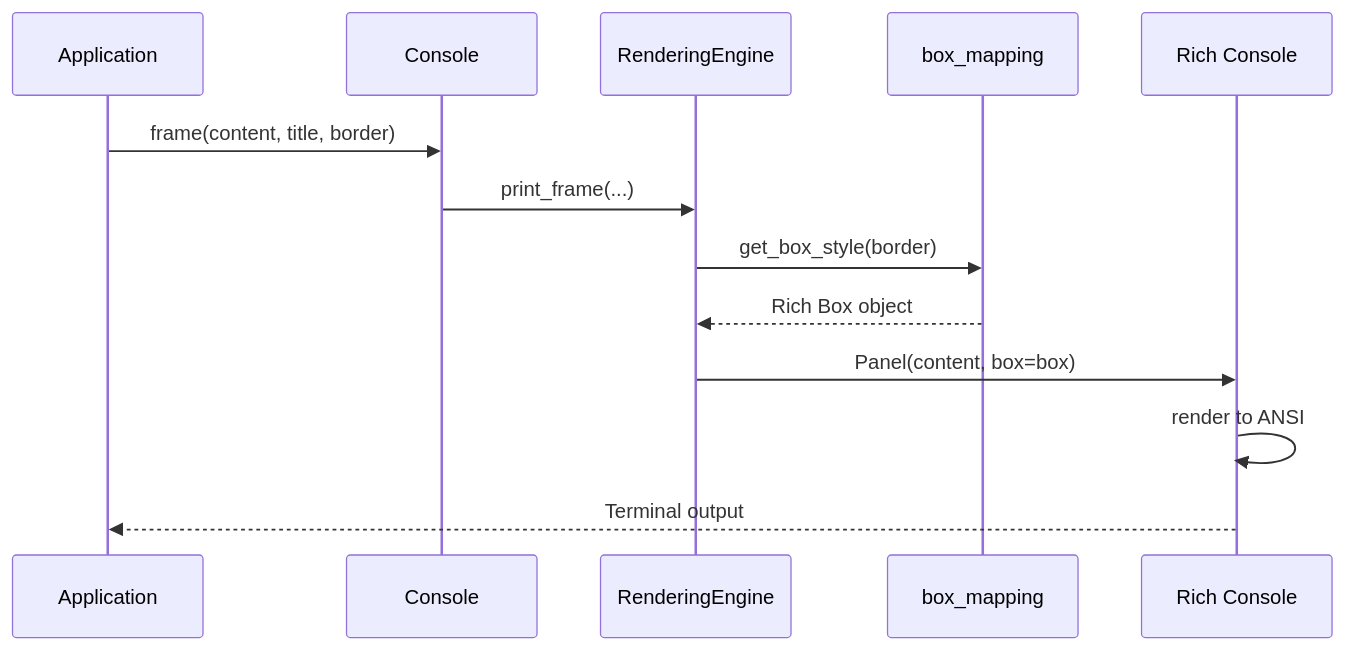
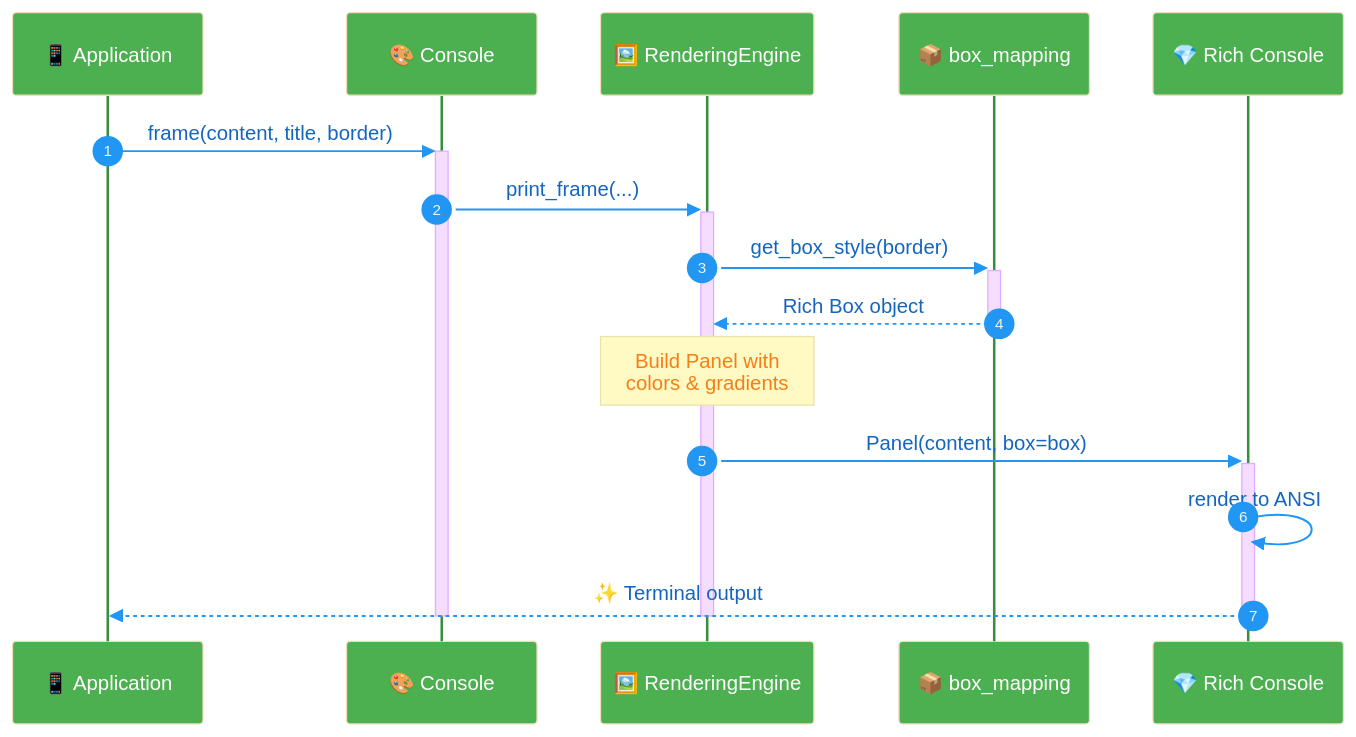
One commit to ksokolowski/StyledConsole changed the second of 11 diagrams in docs/DEVELOPER_GUIDE.md. Above: the diagram before and after it, drawn with Mermaid. The commit also changed other lines of this file, not shown here.

Commit message:
docs: enhance Mermaid diagrams with colors, emojis, and Material Design styling

````diff
--- a/docs/DEVELOPER_GUIDE.md
+++ b/docs/DEVELOPER_GUIDE.md
@@ -87,16 +101,21 @@
 ```mermaid
+%%{init: {'theme': 'base', 'themeVariables': { 'actorBkg': '#4CAF50', 'actorTextColor': '#fff', 'actorLineColor': '#388E3C', 'signalColor': '#2196F3', 'signalTextColor': '#1565C0', 'noteBkgColor': '#FFF9C4', 'noteTextColor': '#F57F17'}}}%%
 sequenceDiagram
-    participant App as Application
-    participant Con as Console
-    participant RE as RenderingEngine
-    participant BM as box_mapping
-    participant Rich as Rich Console
+    autonumber
+    participant App as 📱 Application
+    participant Con as 🎨 Console
+    participant RE as 🖼️ RenderingEngine
+    participant BM as 📦 box_mapping
+    participant Rich as 💎 Rich Console
 
-    App->>Con: frame(content, title, border)
-    Con->>RE: print_frame(...)
-    RE->>BM: get_box_style(border)
-    BM-->>RE: Rich Box object
-    RE->>Rich: Panel(content, box=box)
+    App->>+Con: frame(content, title, border)
+    Con->>+RE: print_frame(...)
+    RE->>+BM: get_box_style(border)
+    BM-->>-RE: Rich Box object
+    Note over RE: Build Panel with<br/>colors & gradients
+    RE->>+Rich: Panel(content, box=box)
     Rich->>Rich: render to ANSI
-    Rich-->>App: Terminal output
+    Rich-->>-App: ✨ Terminal output
+    deactivate RE
+    deactivate Con
 ```
````
